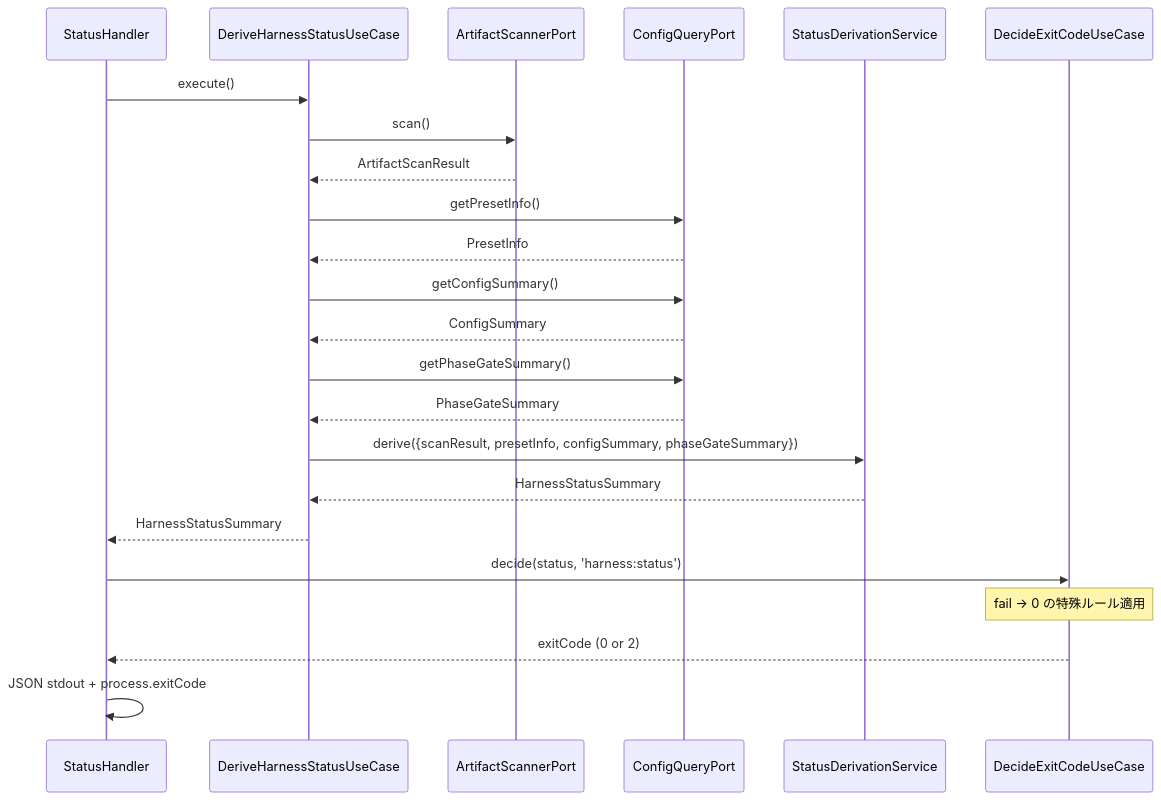
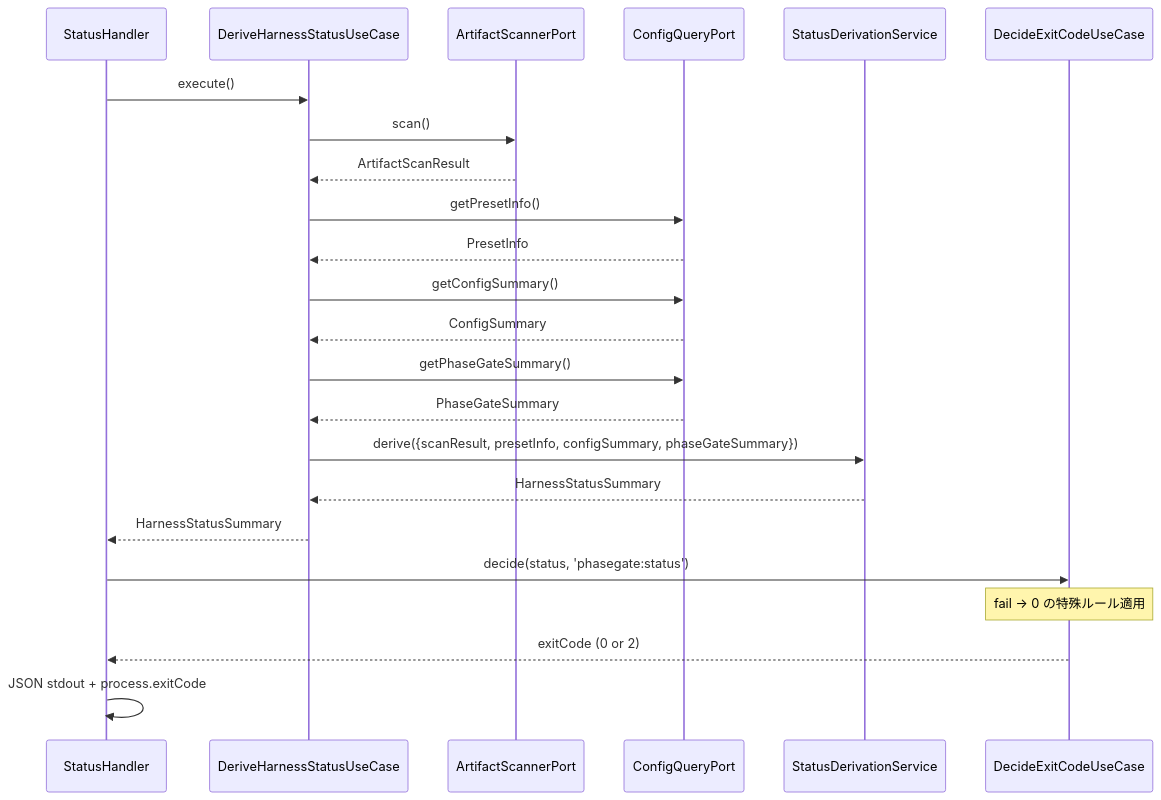
Before and after one commit to junpei-9898/phasegate: the seventh of 10 diagrams in docs/product/construction/harness-api/logical_design.md, drawn with Mermaid. The commit also changed other lines of this file and 181 other files, not shown here.

First line of the commit message:
feat: v0.16.0 — CLI コマンド名を harness から phasegate にリネーム

````diff
--- a/docs/product/construction/harness-api/logical_design.md
+++ b/docs/product/construction/harness-api/logical_design.md
@@ -1476,26 +1476,26 @@
 ```mermaid
 sequenceDiagram
     participant Handler as StatusHandler
     participant DeriveUC as DeriveHarnessStatusUseCase
     participant ScanPort as ArtifactScannerPort
     participant CfgPort as ConfigQueryPort
     participant DeriveSvc as StatusDerivationService
     participant ExitUC as DecideExitCodeUseCase
 
     Handler->>DeriveUC: execute()
     DeriveUC->>ScanPort: scan()
     ScanPort-->>DeriveUC: ArtifactScanResult
     DeriveUC->>CfgPort: getPresetInfo()
     CfgPort-->>DeriveUC: PresetInfo
     DeriveUC->>CfgPort: getConfigSummary()
     CfgPort-->>DeriveUC: ConfigSummary
     DeriveUC->>CfgPort: getPhaseGateSummary()
     CfgPort-->>DeriveUC: PhaseGateSummary
     DeriveUC->>DeriveSvc: derive({scanResult, presetInfo, configSummary, phaseGateSummary})
     DeriveSvc-->>DeriveUC: HarnessStatusSummary
     DeriveUC-->>Handler: HarnessStatusSummary
-    Handler->>ExitUC: decide(status, 'harness:status')
+    Handler->>ExitUC: decide(status, 'phasegate:status')
     Note over ExitUC: fail → 0 の特殊ルール適用
     ExitUC-->>Handler: exitCode (0 or 2)
     Handler->>Handler: JSON stdout + process.exitCode
 ```
````
